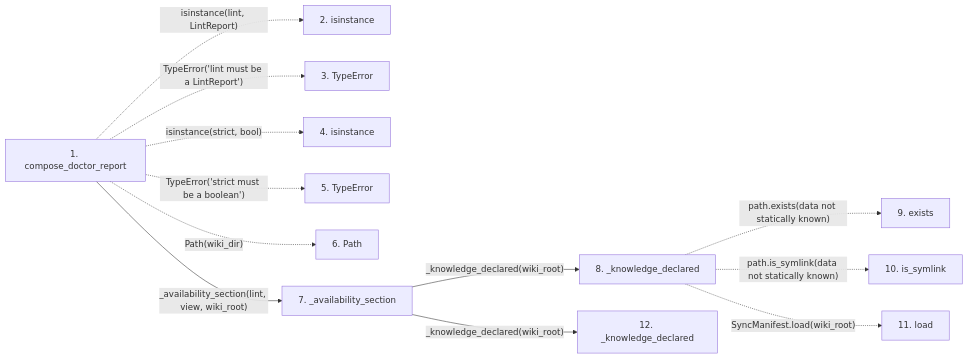
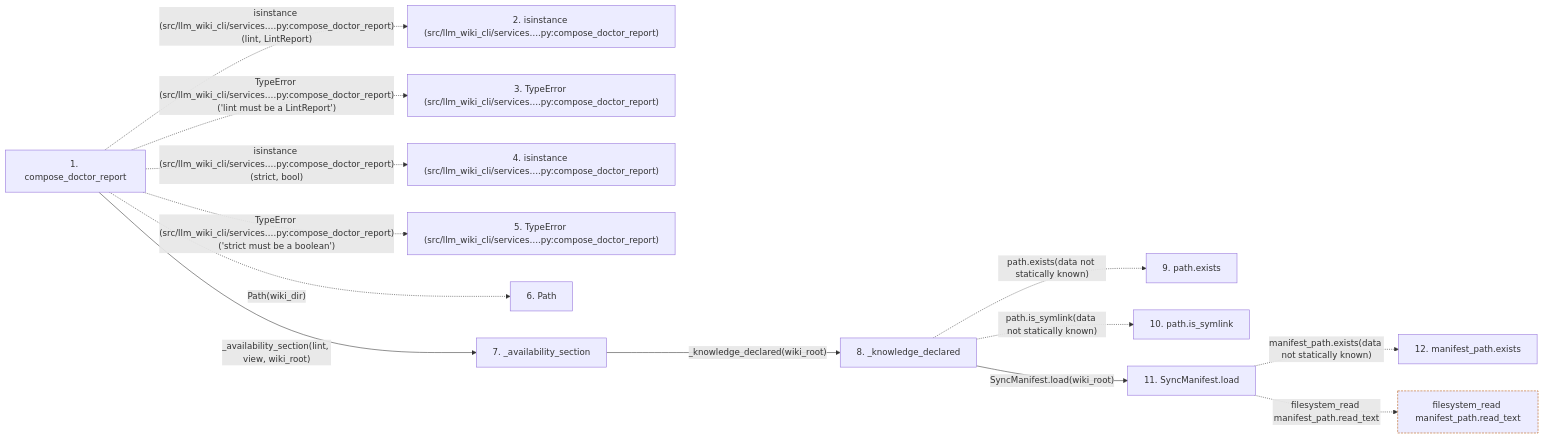
The second of 2 diagrams in docs/llm_wiki/flows/api-compose_doctor_report.md (Denissvgn/python-wiki-llm), drawn with Mermaid before and after one commit. The commit also changed other lines of this file and 719 other files, not shown here.

````diff
--- a/docs/llm_wiki/flows/api-compose_doctor_report.md
+++ b/docs/llm_wiki/flows/api-compose_doctor_report.md
@@ -71,30 +73,34 @@
 ```mermaid
 flowchart LR
     s1["1. compose_doctor_report"]
-    s2["2. isinstance"]
-    s3["3. TypeError"]
-    s4["4. isinstance"]
-    s5["5. TypeError"]
+    s2["2. isinstance (src/llm_wiki_cli/services….py:compose_doctor_report)"]
+    s3["3. TypeError (src/llm_wiki_cli/services….py:compose_doctor_report)"]
+    s4["4. isinstance (src/llm_wiki_cli/services….py:compose_doctor_report)"]
+    s5["5. TypeError (src/llm_wiki_cli/services….py:compose_doctor_report)"]
     s6["6. Path"]
     s7["7. _availability_section"]
     s8["8. _knowledge_declared"]
-    s9["9. exists"]
-    s10["10. is_symlink"]
-    s11["11. load"]
-    s12["12. _knowledge_declared"]
-    s1 -. "isinstance(lint, LintReport)" .-> s2
-    s1 -. "TypeError('lint must be a LintReport')" .-> s3
-    s1 -. "isinstance(strict, bool)" .-> s4
-    s1 -. "TypeError('strict must be a boolean')" .-> s5
+    s9["9. path.exists"]
+    s10["10. path.is_symlink"]
+    s11["11. SyncManifest.load"]
+    s12["12. manifest_path.exists"]
+    s1 -. "isinstance (src/llm_wiki_cli/services….py:compose_doctor_report)(lint, LintReport)" .-> s2
+    s1 -. "TypeError (src/llm_wiki_cli/services….py:compose_doctor_report)('lint must be a LintReport')" .-> s3
+    s1 -. "isinstance (src/llm_wiki_cli/services….py:compose_doctor_report)(strict, bool)" .-> s4
+    s1 -. "TypeError (src/llm_wiki_cli/services….py:compose_doctor_report)('strict must be a boolean')" .-> s5
     s1 -. "Path(wiki_dir)" .-> s6
     s1 -->|"_availability_section(lint, view, wiki_root)"| s7
     s7 -->|"_knowledge_declared(wiki_root)"| s8
     s8 -. "path.exists(data not statically known)" .-> s9
     s8 -. "path.is_symlink(data not statically known)" .-> s10
-    s8 -. "SyncManifest.load(wiki_root)" .-> s11
-    s7 -->|"_knowledge_declared(wiki_root)"| s12
+    s8 -->|"SyncManifest.load(wiki_root)"| s11
+    s11 -. "manifest_path.exists(data not statically known)" .-> s12
+    b0["filesystem_read manifest_path.read_text"]
+    s11 -. "filesystem_read manifest_path.read_text" .-> b0
     click s1 "../modules/doctor_service.md"
     click s7 "../modules/doctor_service.md"
     click s8 "../modules/doctor_service.md"
-    click s12 "../modules/doctor_service.md"
+    click s11 "../modules/sync_manifest.md"
+    classDef boundary stroke:#b45309,stroke-dasharray: 4 2
+    class b0 boundary
 ```
````
